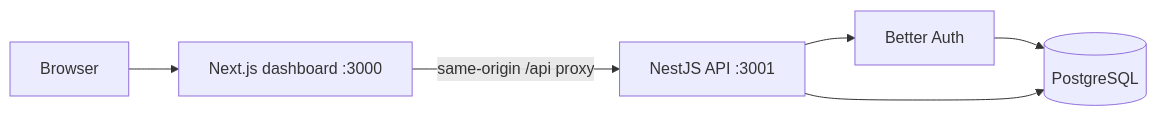
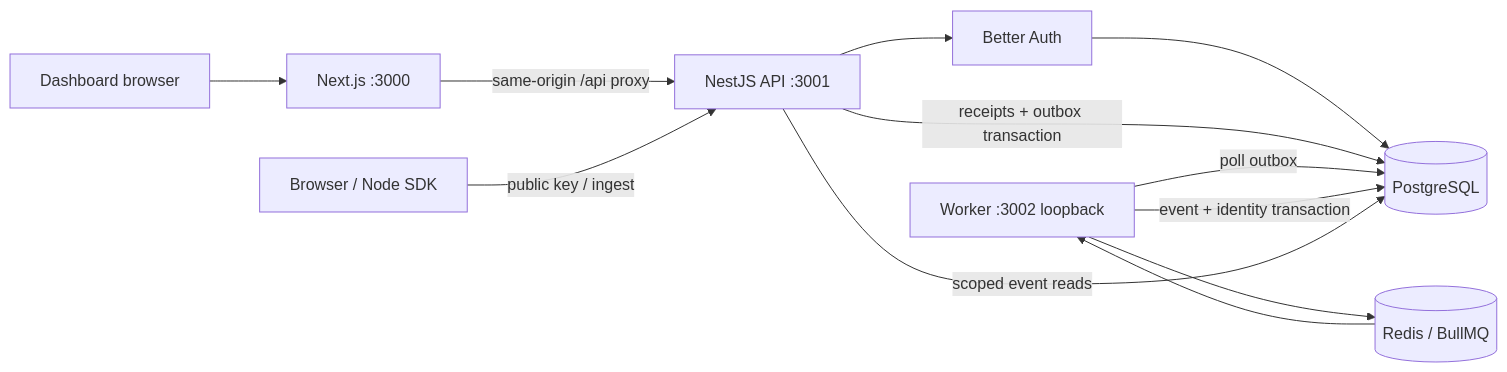
One commit to natnaelmekuriaw/event-lens changed the diagram in docs/architecture.md. Above: the diagram before and after it, drawn with Mermaid. The commit also changed other lines of this file and 4 other files, not shown here.

Commit message:
update phase two setup architecture and security guidance

````diff
--- a/docs/architecture.md
+++ b/docs/architecture.md
@@ -3,8 +3,14 @@
 ```mermaid
 flowchart LR
-  browser[Browser] --> web[Next.js dashboard :3000]
+  dashboard[Dashboard browser] --> web[Next.js :3000]
   web -->|same-origin /api proxy| api[NestJS API :3001]
+  sdk[Browser / Node SDK] -->|public key / ingest| api
   api --> auth[Better Auth]
   auth --> db[(PostgreSQL)]
-  api --> db
+  api -->|receipts + outbox transaction| db
+  worker[Worker :3002 loopback] -->|poll outbox| db
+  worker --> queue[(Redis / BullMQ)]
+  queue --> worker
+  worker -->|event + identity transaction| db
+  api -->|scoped event reads| db
 ```
````
